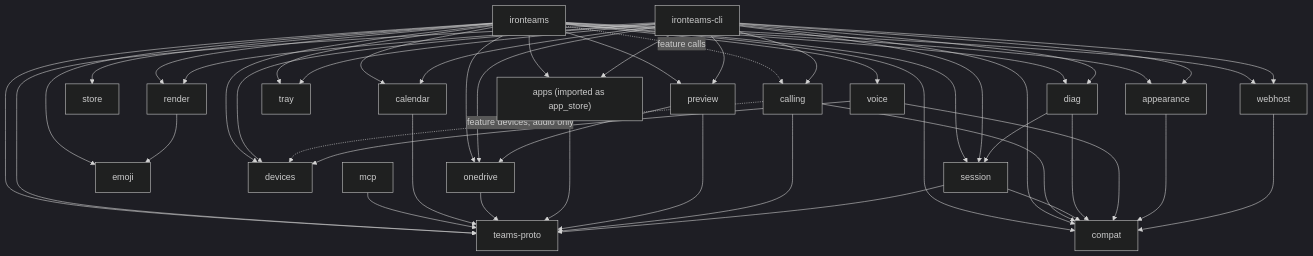
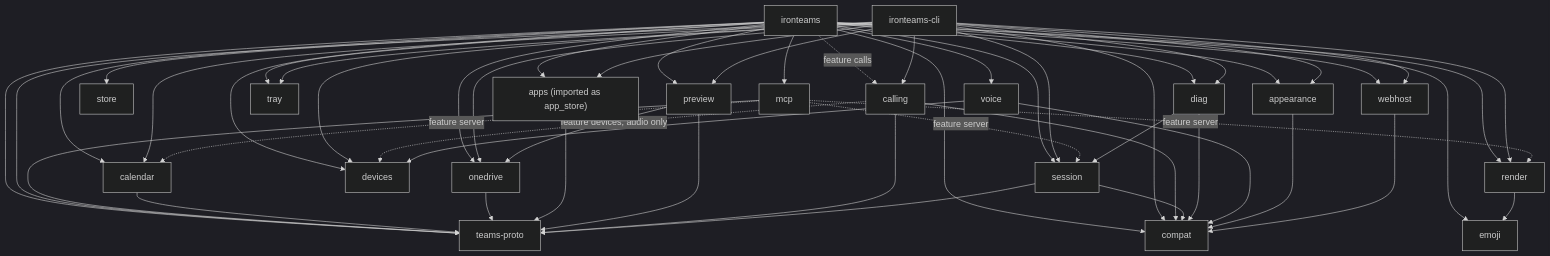
Before and after one commit to MohamedEslam04/teams-in-rust: the diagram in crates/EGM.md, drawn with Mermaid (dark theme). The commit also changed other lines of this file and 31 other files, not shown here.

First line of the commit message:
feat(mcp): gateway, tools and access log; the server moves into ironteams

````diff
--- a/crates/EGM.md
+++ b/crates/EGM.md
@@ -12,28 +12,29 @@
 ```mermaid
 flowchart TD
   app[ironteams]
   cli[ironteams-cli]
   apps["apps (imported as app_store)"]
   proto[teams-proto]
-  app --> proto & calendar & onedrive & preview & apps & store & session & appearance & render & emoji & voice & devices & tray & webhost & diag & compat
+  app --> mcp & proto & calendar & onedrive & preview & apps & store & session & appearance & render & emoji & voice & devices & tray & webhost & diag & compat
   render --> emoji
   app -. feature calls .-> calling
   cli --> proto & calendar & onedrive & preview & apps & session & appearance & render & devices & tray & webhost & diag & calling & compat
   mcp --> proto
+  mcp -. feature server .-> session & calendar & render
   calendar --> proto
   onedrive --> proto
   apps --> proto
   preview --> proto
   preview --> onedrive
   calling --> proto
   calling --> compat
   calling -. feature devices, audio only .-> devices
   session --> proto
   session --> compat
   diag --> session
   diag --> compat
   voice --> devices
   voice --> compat
   appearance --> compat
   webhost --> compat
 ```
````
